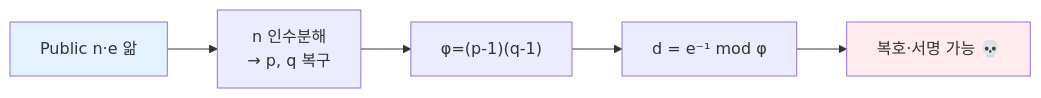
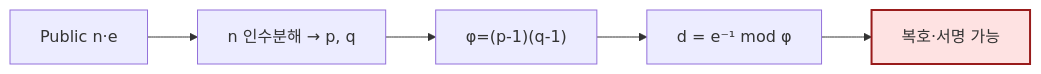
The fifth of 6 diagrams in 06_공개키암호_정리.md (KMUTMU/information-security), drawn with Mermaid before and after one commit. The commit also changed other lines of this file and 5 other files, not shown here.

Commit message:
Mermaid 다이어그램 가독성 개선: 짧은 라벨·이모지 제거·색상 최소화

````diff
--- a/06_공개키암호_정리.md
+++ b/06_공개키암호_정리.md
@@ -156,9 +156,6 @@
 ```mermaid
 flowchart LR
-    N["Public n·e 앎"] --> F["n 인수분해<br/>→ p, q 복구"]
-    F --> PHI["φ=(p-1)(q-1)"]
-    PHI --> D["d = e⁻¹ mod φ"]
-    D --> OP["복호·서명 가능 💀"]
-    style N fill:#e3f2fd
-    style OP fill:#ffebee
+    N["Public n·e"] --> F["n 인수분해 → p, q"] --> PHI["φ=(p-1)(q-1)"] --> D["d = e⁻¹ mod φ"] --> OP["복호·서명 가능"]
+    classDef bad fill:#fee2e2,stroke:#991b1b,stroke-width:2px
+    class OP bad
 ```
````
